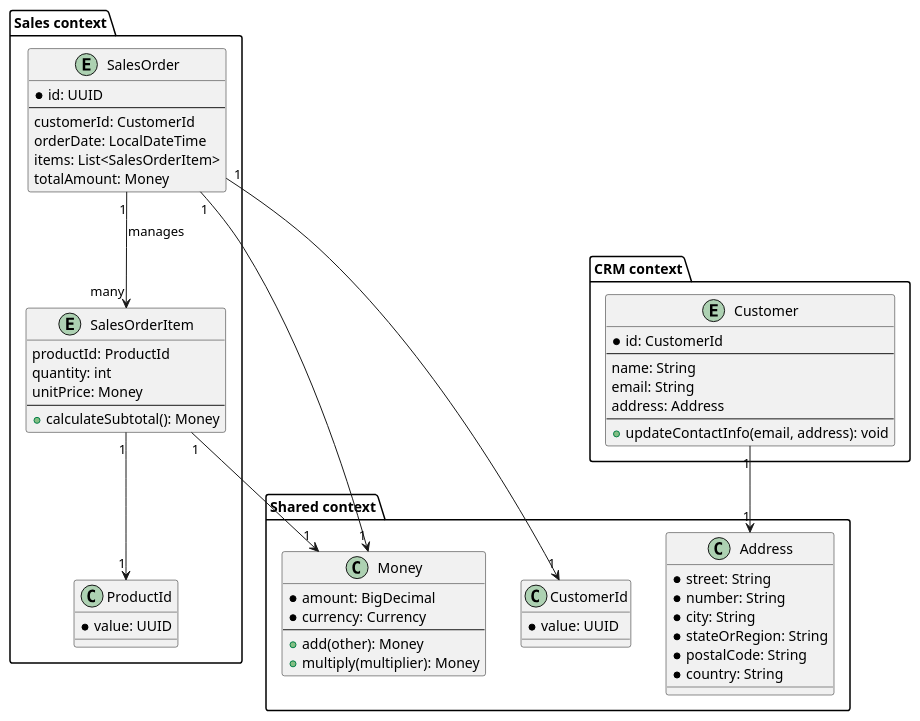
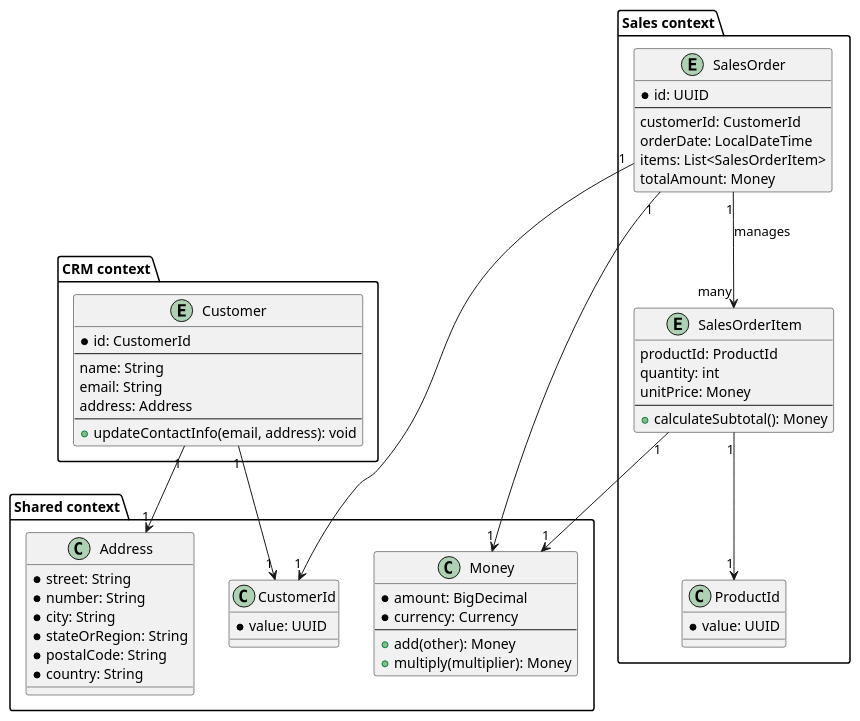
Before and after one commit to upc-pre-202510-1asi0729-4292/oop-sample: the diagram in docs/class-diagram.puml, drawn with PlantUML.

Commit message:
docs: add missing relation to class diagram documentation.

```diff
--- a/docs/class-diagram.puml
+++ b/docs/class-diagram.puml
@@ -1,62 +1,63 @@
 @startuml classDiagram
 package "CRM context" {
 entity "Customer" {
 *id: CustomerId
 --
 name: String
 email: String
 address: Address
 --
 +updateContactInfo(email, address): void
 }
 }
 
 package "Sales context" {
 entity "SalesOrder" {
 *id: UUID
 --
 customerId: CustomerId
 orderDate: LocalDateTime
 items: List<SalesOrderItem>
 totalAmount: Money
 }
 entity "SalesOrderItem" {
 productId: ProductId
 quantity: int
 unitPrice: Money
 --
 +calculateSubtotal(): Money
 }
 
 class "ProductId" {
 *value: UUID
 }
 }
 
 package "Shared context" {
 class "Money" {
 *amount: BigDecimal
 *currency: Currency
 --
 +add(other): Money
 +multiply(multiplier): Money
 }
 class "Address" {
 *street: String
 *number: String
 *city: String
 *stateOrRegion: String
 *postalCode: String
 *country: String
 }
 class "CustomerId" {
 *value: UUID
 }
 }
 Customer "1" --> "1" Address
+Customer "1" --> "1" CustomerId
 SalesOrder "1" --> "1" CustomerId
 SalesOrder "1" --> "many" SalesOrderItem : manages
 SalesOrderItem "1" --> "1" Money
 SalesOrderItem "1" --> "1" ProductId
 SalesOrder "1" --> "1" Money
 @enduml
```
